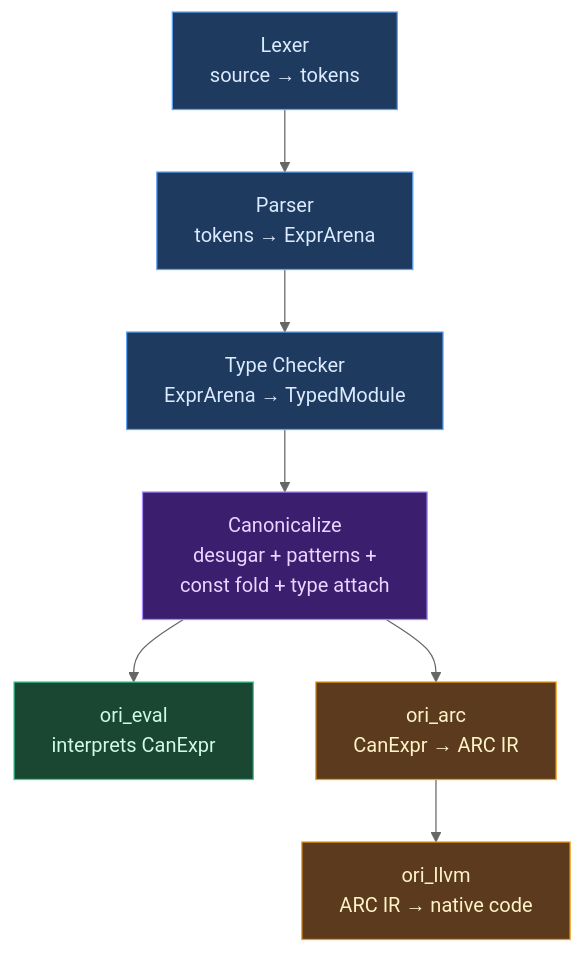
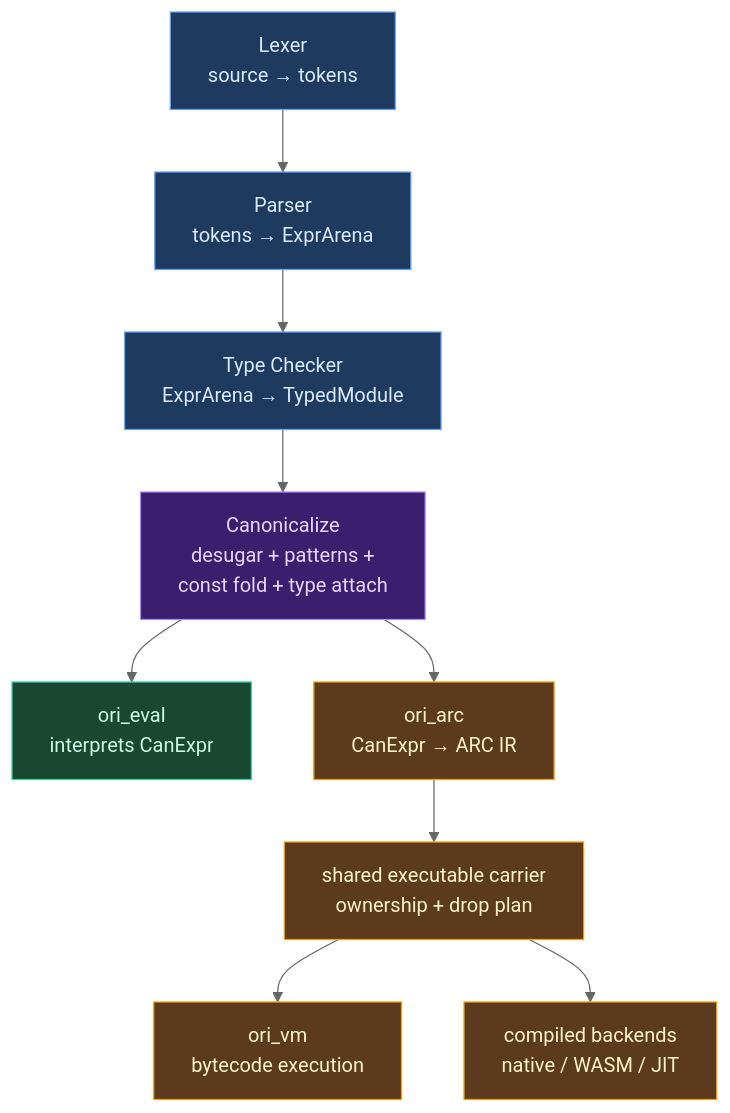
Before and after one commit to upstat-io/ori-lang: the diagram in docs/compiler/design/07-canonicalization/index.md, drawn with Mermaid (neutral theme). The commit also changed other lines of this file and 686 other files, not shown here.

First line of the commit message:
feat(runtime): add shared ownership plans and bytecode VM

````diff
--- a/docs/compiler/design/07-canonicalization/index.md
+++ b/docs/compiler/design/07-canonicalization/index.md
@@ -85,35 +85,41 @@
 ```mermaid
 flowchart TB
     LEX["Lexer
     source → tokens"]
     PARSE["Parser
     tokens → ExprArena"]
     TC["Type Checker
     ExprArena → TypedModule"]
     CANON["Canonicalize
     desugar + patterns +
     const fold + type attach"]
     EVAL["ori_eval
     interprets CanExpr"]
     ARC["ori_arc
     CanExpr → ARC IR"]
-    LLVM["ori_llvm
-    ARC IR → native code"]
+    EXEC["shared executable carrier
+    ownership + drop plan"]
+    VM["ori_vm
+    bytecode execution"]
+    LLVM["compiled backends
+    native / WASM / JIT"]
 
     LEX --> PARSE
     PARSE --> TC
     TC --> CANON
     CANON --> EVAL
     CANON --> ARC
-    ARC --> LLVM
+    ARC --> EXEC
+    EXEC --> VM
+    EXEC --> LLVM
 
     classDef frontend fill:#1e3a5f,stroke:#60a5fa,color:#dbeafe
     classDef canon fill:#3b1f6e,stroke:#a78bfa,color:#e9d5ff
     classDef interpreter fill:#1a4731,stroke:#34d399,color:#d1fae5
     classDef native fill:#5c3a1e,stroke:#f59e0b,color:#fef3c7
 
     class LEX,PARSE,TC frontend
     class CANON canon
     class EVAL interpreter
-    class ARC,LLVM native
+    class ARC,EXEC,VM,LLVM native
 ```
````
